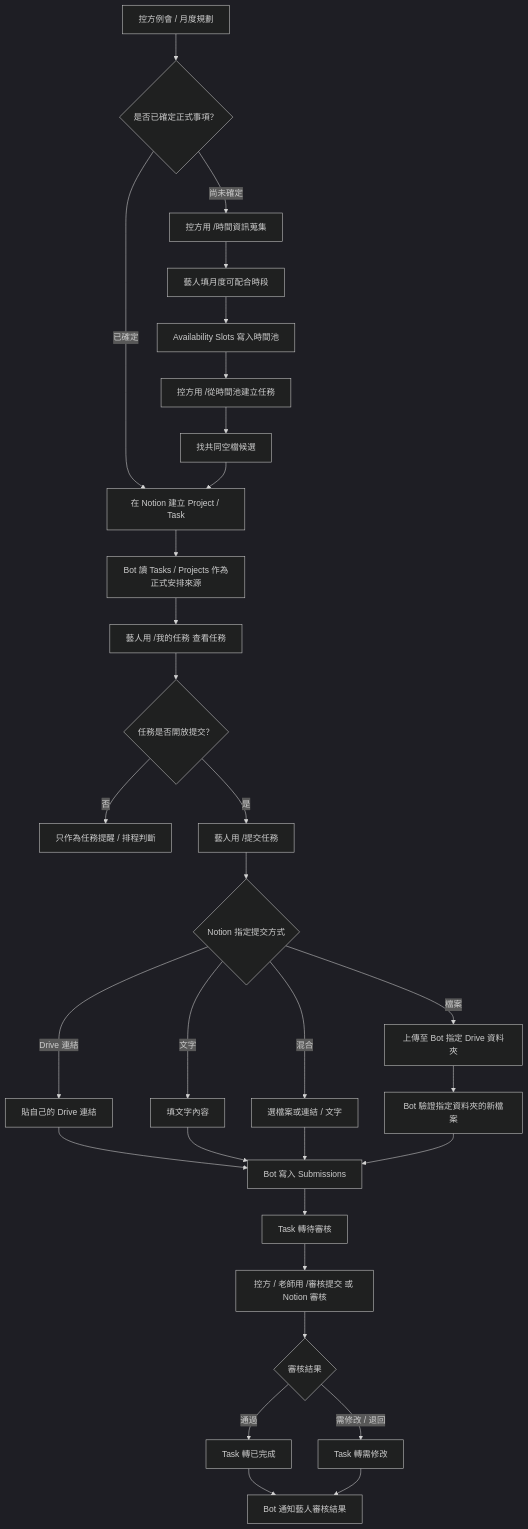
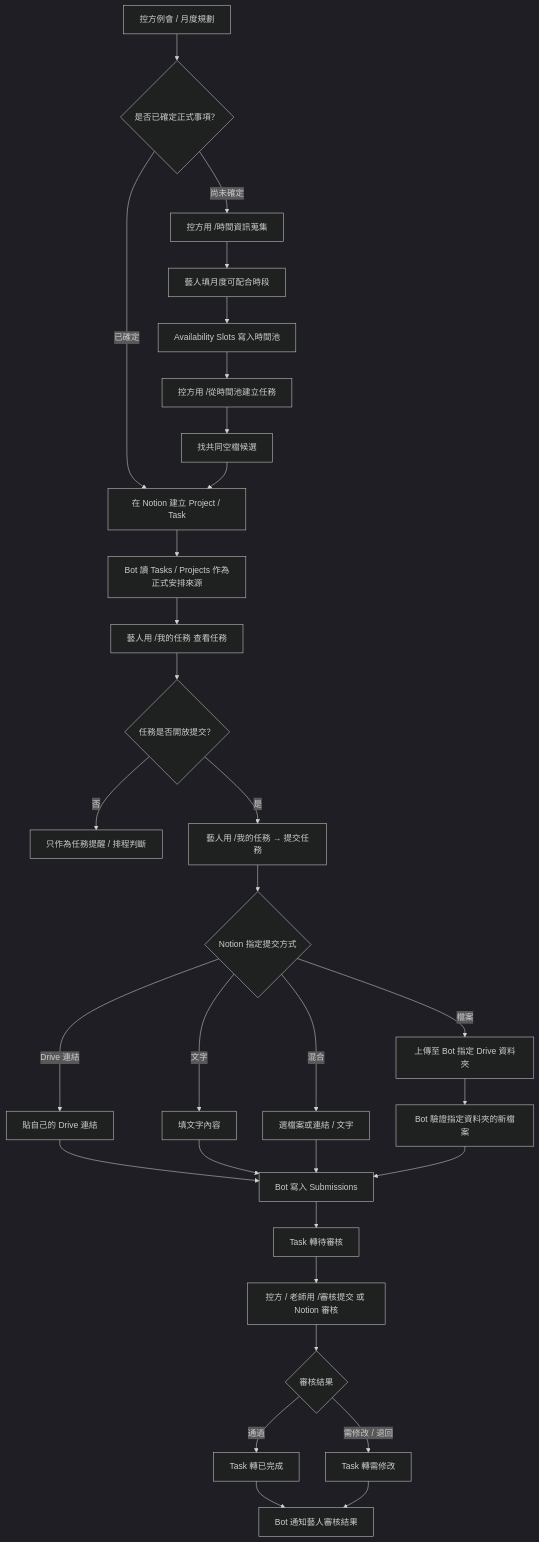
The first of 3 diagrams in FLOWCHART.md (johnnysun0621/kari-kari-ai-ops), drawn with Mermaid (dark theme) before and after one commit. The commit also changed other lines of this file and 23 other files, not shown here.

````diff
--- a/FLOWCHART.md
+++ b/FLOWCHART.md
@@ -8,37 +8,37 @@
 ```mermaid
 flowchart TD
     A["控方例會 / 月度規劃"] --> B{"是否已確定正式事項？"}
 
     B -->|已確定| C["在 Notion 建立 Project / Task"]
     C --> D["Bot 讀 Tasks / Projects 作為正式安排來源"]
     D --> E["藝人用 /我的任務 查看任務"]
     E --> F{"任務是否開放提交？"}
     F -->|否| G["只作為任務提醒 / 排程判斷"]
-    F -->|是| H["藝人用 /提交任務"]
+    F -->|是| H["藝人用 /我的任務 → 提交任務"]
 
     H --> I{"Notion 指定提交方式"}
     I -->|檔案| J["上傳至 Bot 指定 Drive 資料夾"]
     I -->|Drive 連結| K["貼自己的 Drive 連結"]
     I -->|文字| L["填文字內容"]
     I -->|混合| M["選檔案或連結 / 文字"]
 
     J --> N["Bot 驗證指定資料夾的新檔案"]
     K --> O["Bot 寫入 Submissions"]
     L --> O
     M --> O
     N --> O
     O --> P["Task 轉待審核"]
     P --> Q["控方 / 老師用 /審核提交 或 Notion 審核"]
     Q --> R{"審核結果"}
     R -->|通過| S["Task 轉已完成"]
     R -->|需修改 / 退回| T["Task 轉需修改"]
     S --> U["Bot 通知藝人審核結果"]
     T --> U
 
     B -->|尚未確定| V["控方用 /時間資訊蒐集"]
     V --> W["藝人填月度可配合時段"]
     W --> X["Availability Slots 寫入時間池"]
     X --> Y["控方用 /從時間池建立任務"]
     Y --> Z["找共同空檔候選"]
     Z --> C
 ```
````
